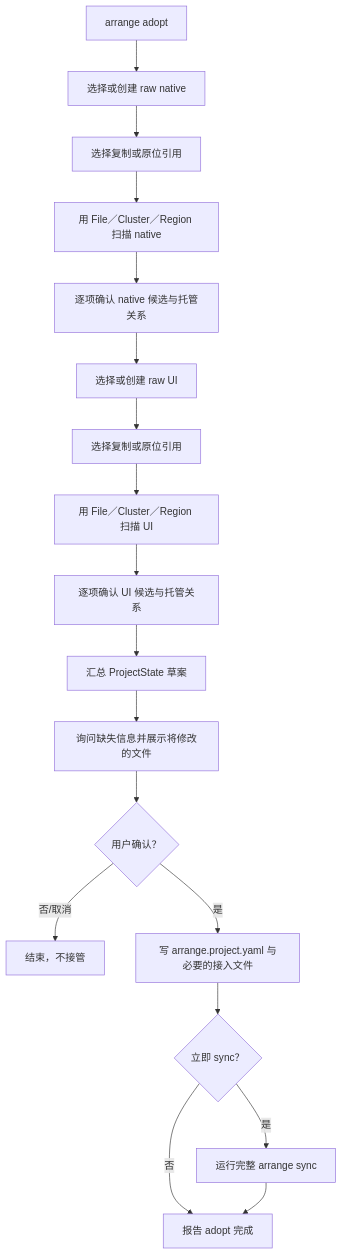
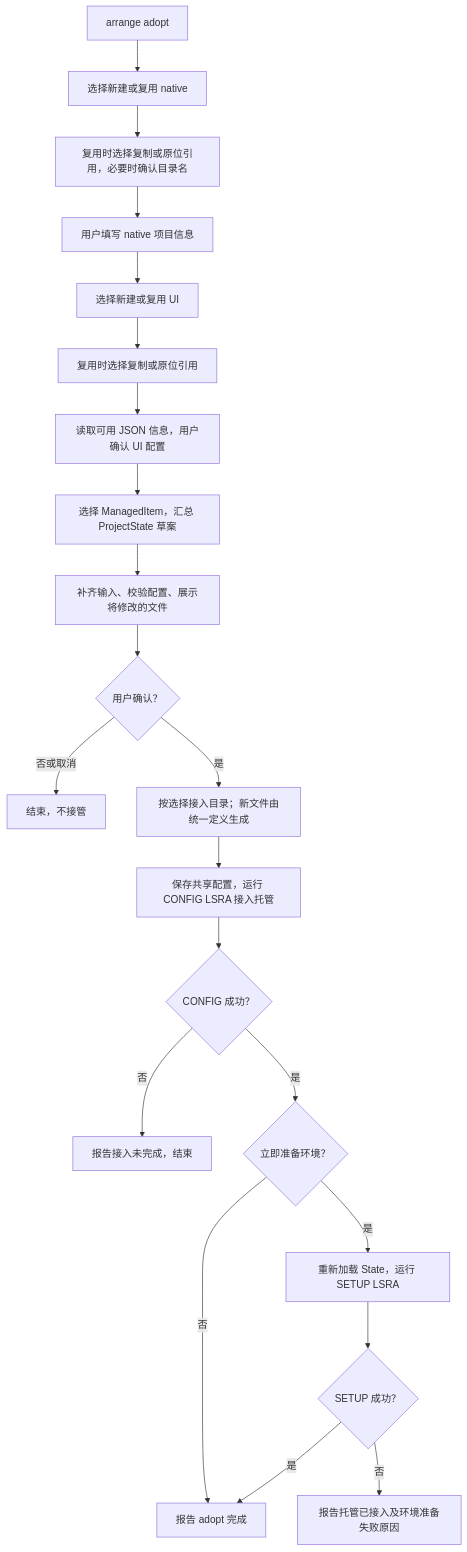
Before and after one commit to EarzuChan/Arrange: the second of 11 diagrams in docs/proj/m2/2/命令定义.md, drawn with Mermaid. The commit also changed other lines of this file and 75 other files, not shown here.

Commit message:
feat: half way of cli sync config phase

````diff
--- a/docs/proj/m2/2/命令定义.md
+++ b/docs/proj/m2/2/命令定义.md
@@ -125,20 +70,23 @@
 ```mermaid
 flowchart TD
-    A[arrange adopt] --> B[选择或创建 raw native]
-    B --> C[选择复制或原位引用]
-    C --> D[用 File／Cluster／Region 扫描 native]
-    D --> E[逐项确认 native 候选与托管关系]
-    E --> F[选择或创建 raw UI]
-    F --> G[选择复制或原位引用]
-    G --> H[用 File／Cluster／Region 扫描 UI]
-    H --> I[逐项确认 UI 候选与托管关系]
-    I --> J[汇总 ProjectState 草案]
-    J --> K[询问缺失信息并展示将修改的文件]
-    K --> L{用户确认？}
-    L -->|否/取消| M[结束，不接管]
-    L -->|是| N[写 arrange.project.yaml 与必要的接入文件]
-    N --> O{立即 sync？}
-    O -->|否| P[报告 adopt 完成]
-    O -->|是| Q[运行完整 arrange sync]
-    Q --> P
+    A["arrange adopt"] --> B["选择新建或复用 native"]
+    B --> C["复用时选择复制或原位引用，必要时确认目录名"]
+    C --> D["用户填写 native 项目信息"]
+    D --> E["选择新建或复用 UI"]
+    E --> F["复用时选择复制或原位引用"]
+    F --> G["读取可用 JSON 信息，用户确认 UI 配置"]
+    G --> H["选择 ManagedItem，汇总 ProjectState 草案"]
+    H --> I["补齐输入、校验配置、展示将修改的文件"]
+    I --> J{"用户确认？"}
+    J -->|否或取消| AB["结束，不接管"]
+    J -->|是| K["按选择接入目录；新文件由统一定义生成"]
+    K --> L["保存共享配置，运行 CONFIG LSRA 接入托管"]
+    L --> M{"CONFIG 成功？"}
+    M -->|否| FAIL["报告接入未完成，结束"]
+    M -->|是| N{"立即准备环境？"}
+    N -->|否| DONE["报告 adopt 完成"]
+    N -->|是| O["重新加载 State，运行 SETUP LSRA"]
+    O --> P{"SETUP 成功？"}
+    P -->|是| DONE
+    P -->|否| SF["报告托管已接入及环境准备失败原因"]
 ```
````
